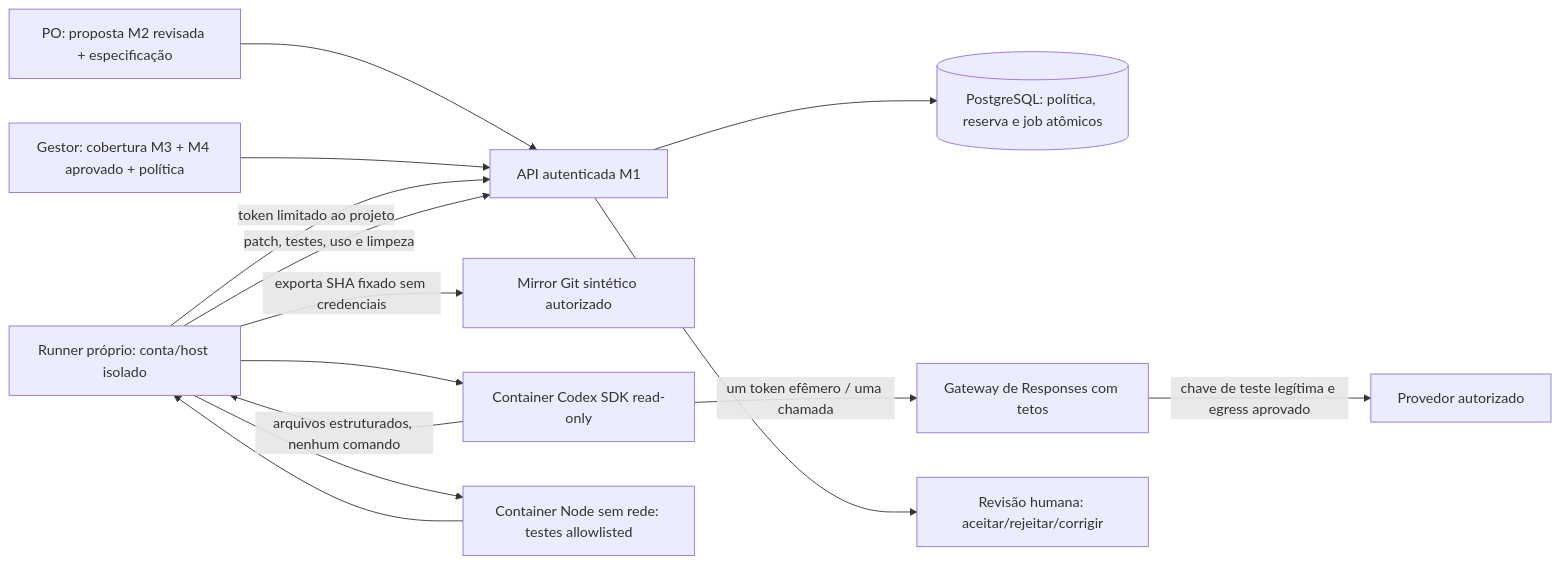
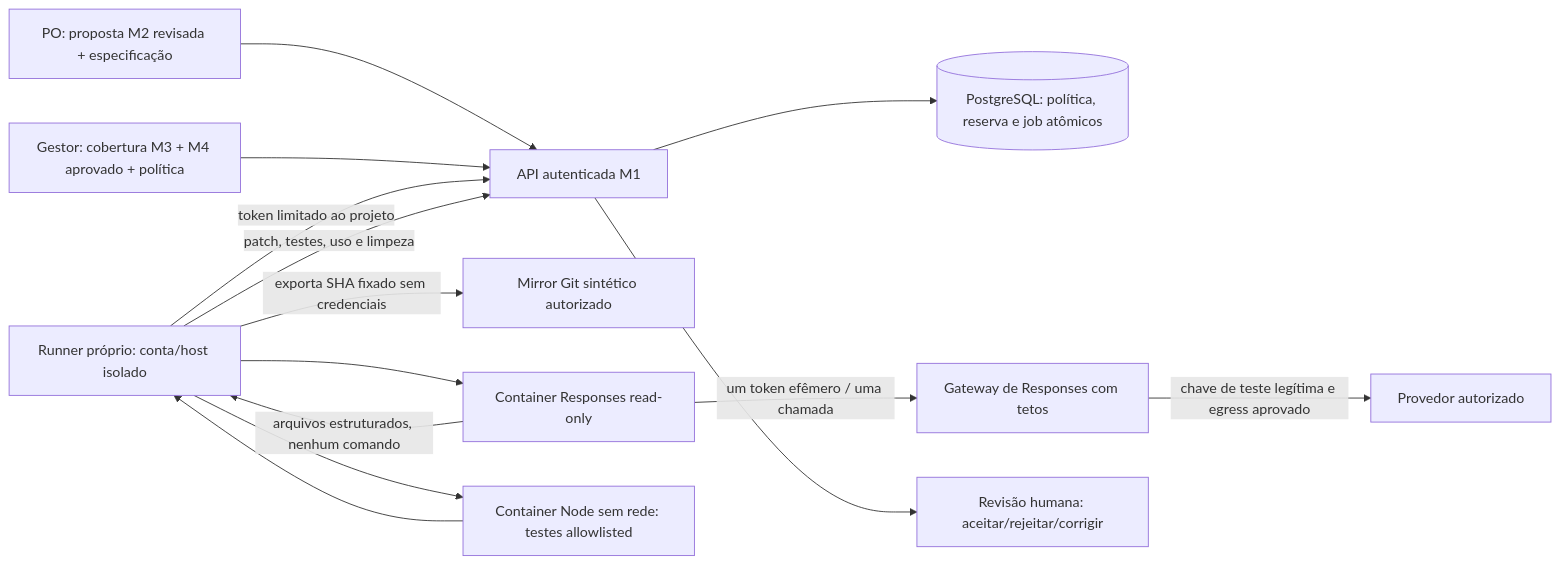
The first of 2 diagrams in docs/AGENTIC_DELIVERY.md (marcelotaparelli/catus-os), drawn with Mermaid before and after one commit. The commit also changed other lines of this file and 10 other files, not shown here.

````diff
--- a/docs/AGENTIC_DELIVERY.md
+++ b/docs/AGENTIC_DELIVERY.md
@@ -21,16 +29,16 @@
 ```mermaid
 flowchart LR
  PO[PO: proposta M2 revisada + especificação] --> API[API autenticada M1]
  GM[Gestor: cobertura M3 + M4 aprovado + política] --> API
  API --> DB[(PostgreSQL: política, reserva e job atômicos)]
  RUN[Runner próprio: conta/host isolado] -->|token limitado ao projeto| API
  RUN -->|exporta SHA fixado sem credenciais| MIRROR[Mirror Git sintético autorizado]
- RUN --> SDK[Container Codex SDK read-only]
- SDK -->|um token efêmero / uma chamada| GW[Gateway de Responses com tetos]
+ RUN --> CLIENT[Container Responses read-only]
+ CLIENT -->|um token efêmero / uma chamada| GW[Gateway de Responses com tetos]
  GW -->|chave de teste legítima e egress aprovado| PROVIDER[Provedor autorizado]
- SDK -->|arquivos estruturados, nenhum comando| RUN
+ CLIENT -->|arquivos estruturados, nenhum comando| RUN
  RUN --> TEST[Container Node sem rede: testes allowlisted]
  TEST --> RUN
  RUN -->|patch, testes, uso e limpeza| API
  API --> REVIEW[Revisão humana: aceitar/rejeitar/corrigir]
 ```
````
